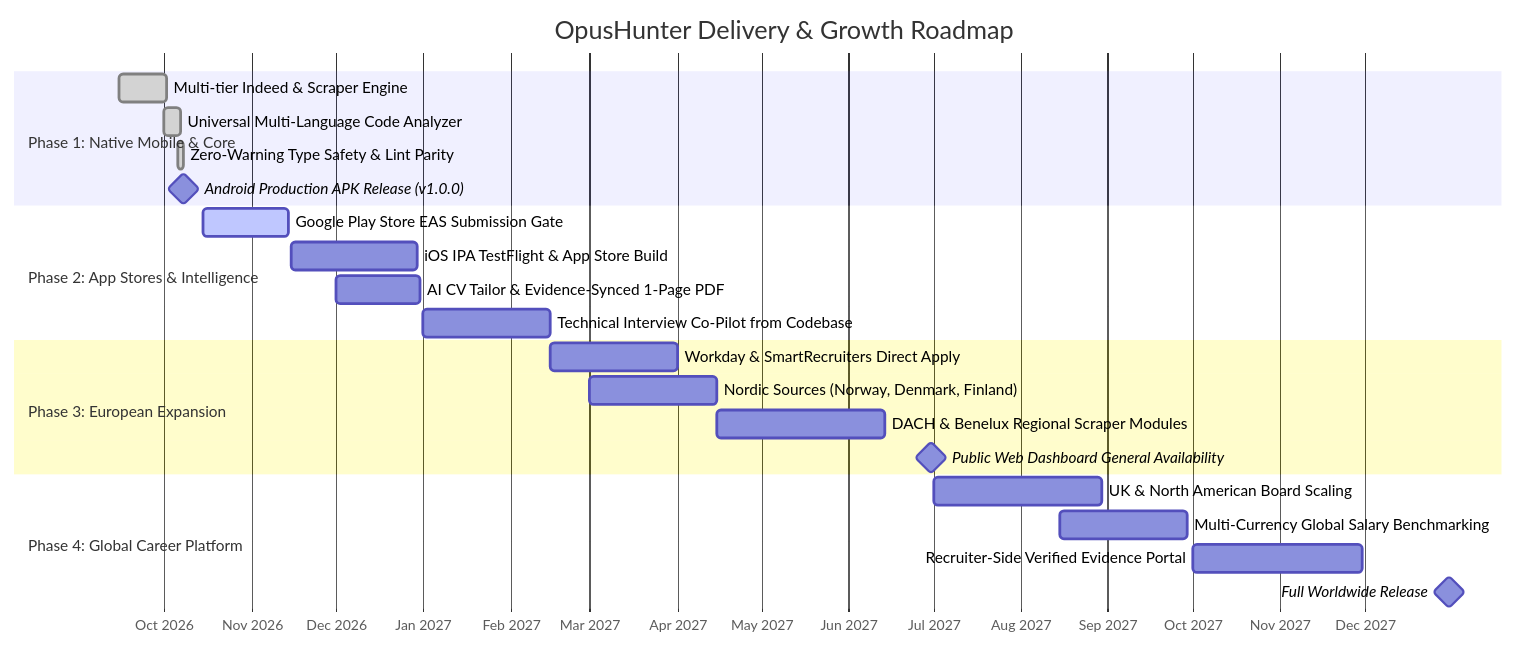
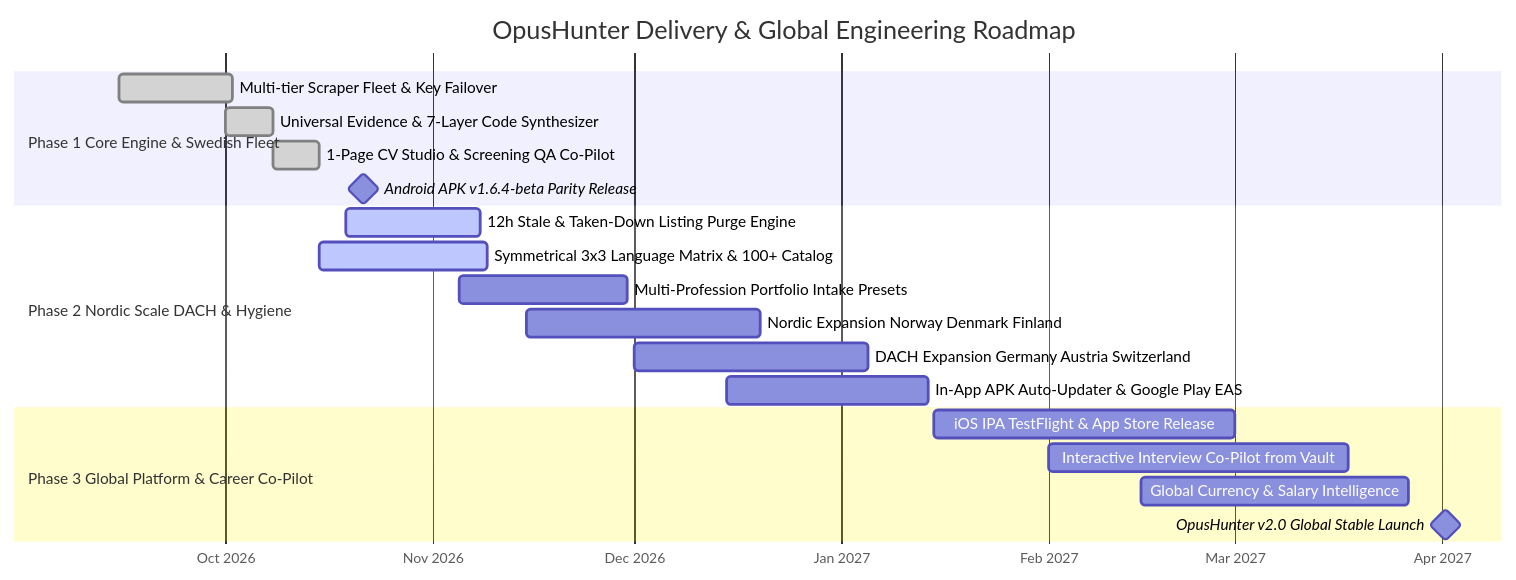
The third of 4 diagrams in README.md (AlexBuildsLTS/OpusHunter-Release), drawn with Mermaid before and after one commit. The commit also changed other lines of this file, not shown here.

````diff
--- a/README.md
+++ b/README.md
@@ -324,30 +403,26 @@
 ```mermaid
 gantt
-  title OpusHunter Delivery & Growth Roadmap
+  title OpusHunter Delivery & Global Engineering Roadmap
   dateFormat  YYYY-MM-DD
   axisFormat  %b %Y
 
-  section Phase 1: Native Mobile & Core
-  Multi-tier Indeed & Scraper Engine          :done, s1, 2026-09-15, 2026-10-02
-  Universal Multi-Language Code Analyzer      :done, s2, 2026-10-01, 2026-10-07
-  Zero-Warning Type Safety & Lint Parity      :done, s3, 2026-10-06, 2026-10-08
-  Android Production APK Release (v1.0.0)     :milestone, m1, 2026-10-08, 0d
+  section Phase 1 Core Engine & Swedish Fleet
+  Multi-tier Scraper Fleet & Key Failover       :done, s1, 2026-09-15, 2026-10-02
+  Universal Evidence & 7-Layer Code Synthesizer  :done, s2, 2026-10-01, 2026-10-08
+  1-Page CV Studio & Screening QA Co-Pilot      :done, s3, 2026-10-08, 2026-10-15
+  Android APK v1.6.4-beta Parity Release         :milestone, m1, 2026-10-21, 1d
 
-  section Phase 2: App Stores & Intelligence
-  Google Play Store EAS Submission Gate       :active, p1, 2026-10-15, 30d
-  iOS IPA TestFlight & App Store Build        :p2, 2026-11-15, 45d
-  AI CV Tailor & Evidence-Synced 1-Page PDF   :p3, 2026-12-01, 30d
-  Technical Interview Co-Pilot from Codebase  :p4, 2027-01-01, 45d
+  section Phase 2 Nordic Scale DACH & Hygiene
+  12h Stale & Taken-Down Listing Purge Engine   :active, p1, 2026-10-19, 20d
+  Symmetrical 3x3 Language Matrix & 100+ Catalog:active, p2, 2026-10-15, 25d
+  Multi-Profession Portfolio Intake Presets     :p3, 2026-11-05, 25d
+  Nordic Expansion Norway Denmark Finland       :p4, 2026-11-15, 35d
+  DACH Expansion Germany Austria Switzerland    :p5, 2026-12-01, 35d
+  In-App APK Auto-Updater & Google Play EAS     :p6, 2026-12-15, 30d
 
-  section Phase 3: European Expansion
-  Workday & SmartRecruiters Direct Apply      :e1, 2027-02-15, 45d
-  Nordic Sources (Norway, Denmark, Finland)   :e2, 2027-03-01, 45d
-  DACH & Benelux Regional Scraper Modules     :e3, 2027-04-15, 60d
-  Public Web Dashboard General Availability   :milestone, m2, 2027-06-30, 0d
-
-  section Phase 4: Global Career Platform
-  UK & North American Board Scaling           :g1, 2027-07-01, 60d
-  Multi-Currency Global Salary Benchmarking   :g2, 2027-08-15, 45d
-  Recruiter-Side Verified Evidence Portal     :g3, 2027-10-01, 60d
-  Full Worldwide Release                      :milestone, m3, 2027-12-31, 0d
+  section Phase 3 Global Platform & Career Co-Pilot
+  iOS IPA TestFlight & App Store Release        :e1, 2027-01-15, 45d
+  Interactive Interview Co-Pilot from Vault     :e2, 2027-02-01, 45d
+  Global Currency & Salary Intelligence         :e3, 2027-02-15, 40d
+  OpusHunter v2.0 Global Stable Launch          :milestone, m2, 2027-04-01, 1d
 ```
````
